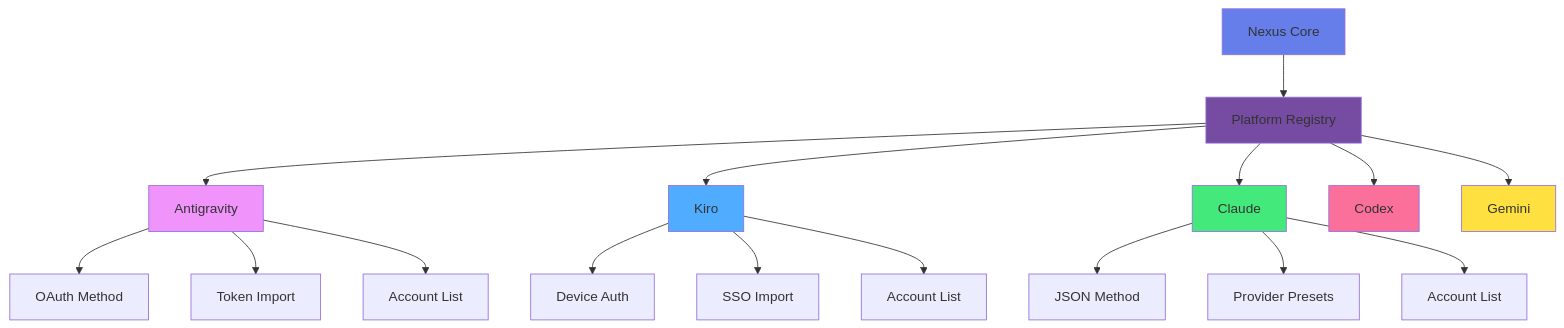
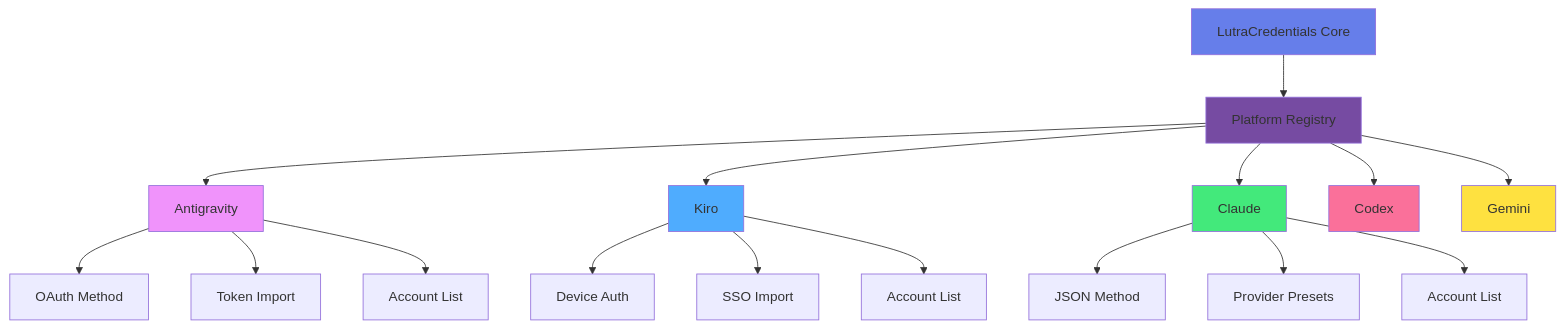
Before and after one commit to ad-naan/LutraCredentials: the first of 3 diagrams in README_EN.md, drawn with Mermaid. The commit also changed other lines of this file and 10 other files, not shown here.

First line of the commit message:
docs: 将项目品牌从 Nexus Account Manager 更名为 LutraCredentials 并同步更新相关文档与代码

````diff
--- a/README_EN.md
+++ b/README_EN.md
@@ -188,29 +188,29 @@
 ```mermaid
 graph TB
-    A[Nexus Core] --> B[Platform Registry]
+    A[LutraCredentials Core] --> B[Platform Registry]
     B --> C[Antigravity]
     B --> D[Kiro]
     B --> E[Claude]
     B --> F[Codex]
     B --> G[Gemini]
     
     C --> C1[OAuth Method]
     C --> C2[Token Import]
     C --> C3[Account List]
     
     D --> D1[Device Auth]
     D --> D2[SSO Import]
     D --> D3[Account List]
     
     E --> E1[JSON Method]
     E --> E2[Provider Presets]
     E --> E3[Account List]
     
     style A fill:#667eea
     style B fill:#764ba2
     style C fill:#f093fb
     style D fill:#4facfe
     style E fill:#43e97b
     style F fill:#fa709a
     style G fill:#fee140
 ```
````
